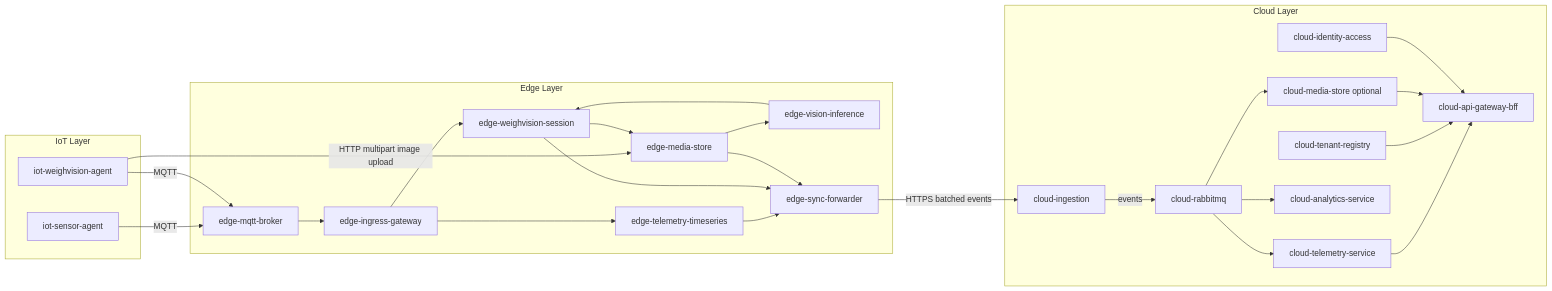
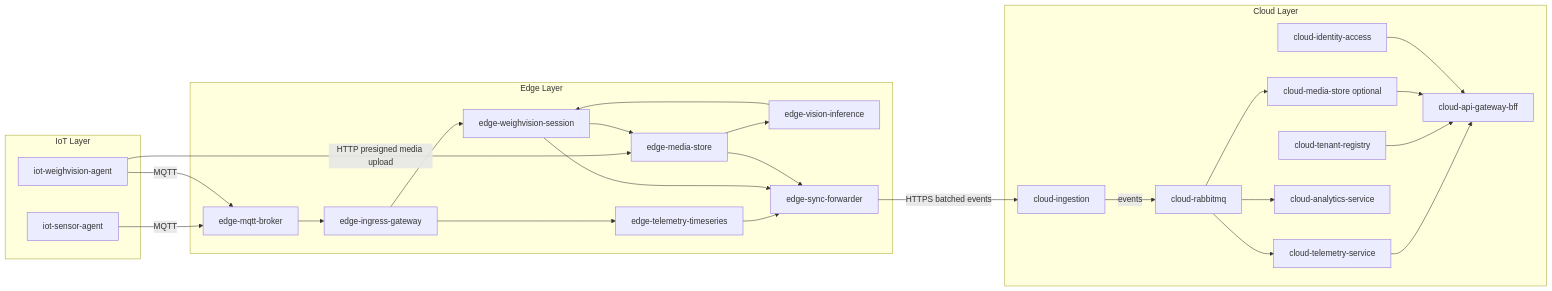
Before and after one commit to AmnadTaowsoam/FarmIQ_V02: the diagram in docs/01-architecture.md, drawn with Mermaid. The commit also changed other lines of this file and 16 other files, not shown here.

````diff
--- a/docs/01-architecture.md
+++ b/docs/01-architecture.md
@@ -31,53 +31,53 @@
 ```mermaid
 flowchart LR
   subgraph "IoT Layer"
     iot_sensor["iot-sensor-agent"]
     iot_weigh["iot-weighvision-agent"]
   end
 
   subgraph "Edge Layer"
     edge_mqtt["edge-mqtt-broker"]
     edge_ingress["edge-ingress-gateway"]
     edge_ts["edge-telemetry-timeseries"]
     edge_sess["edge-weighvision-session"]
     edge_media["edge-media-store"]
     edge_infer["edge-vision-inference"]
     edge_sync["edge-sync-forwarder"]
   end
 
   subgraph "Cloud Layer"
     cloud_rmq["cloud-rabbitmq"]
     cloud_api["cloud-api-gateway-bff"]
     cloud_auth["cloud-identity-access"]
     cloud_tenant["cloud-tenant-registry"]
     cloud_ingest["cloud-ingestion"]
     cloud_ts["cloud-telemetry-service"]
     cloud_analytics["cloud-analytics-service"]
     cloud_media["cloud-media-store optional"]
   end
 
   iot_sensor -->|MQTT| edge_mqtt
   iot_weigh -->|MQTT| edge_mqtt
-  iot_weigh -->|HTTP multipart image upload| edge_media
+  iot_weigh -->|HTTP presigned media upload| edge_media
   edge_mqtt --> edge_ingress
   edge_ingress --> edge_ts
   edge_ingress --> edge_sess
   edge_sess --> edge_media
   edge_media --> edge_infer
   edge_infer --> edge_sess
   edge_ts --> edge_sync
   edge_sess --> edge_sync
   edge_media --> edge_sync
 
   edge_sync -->|HTTPS batched events| cloud_ingest
   cloud_ingest -->|events| cloud_rmq
 
   cloud_rmq --> cloud_ts
   cloud_rmq --> cloud_analytics
   cloud_rmq --> cloud_media
 
   cloud_ts --> cloud_api
   cloud_tenant --> cloud_api
   cloud_media --> cloud_api
   cloud_auth --> cloud_api
 ```
````
